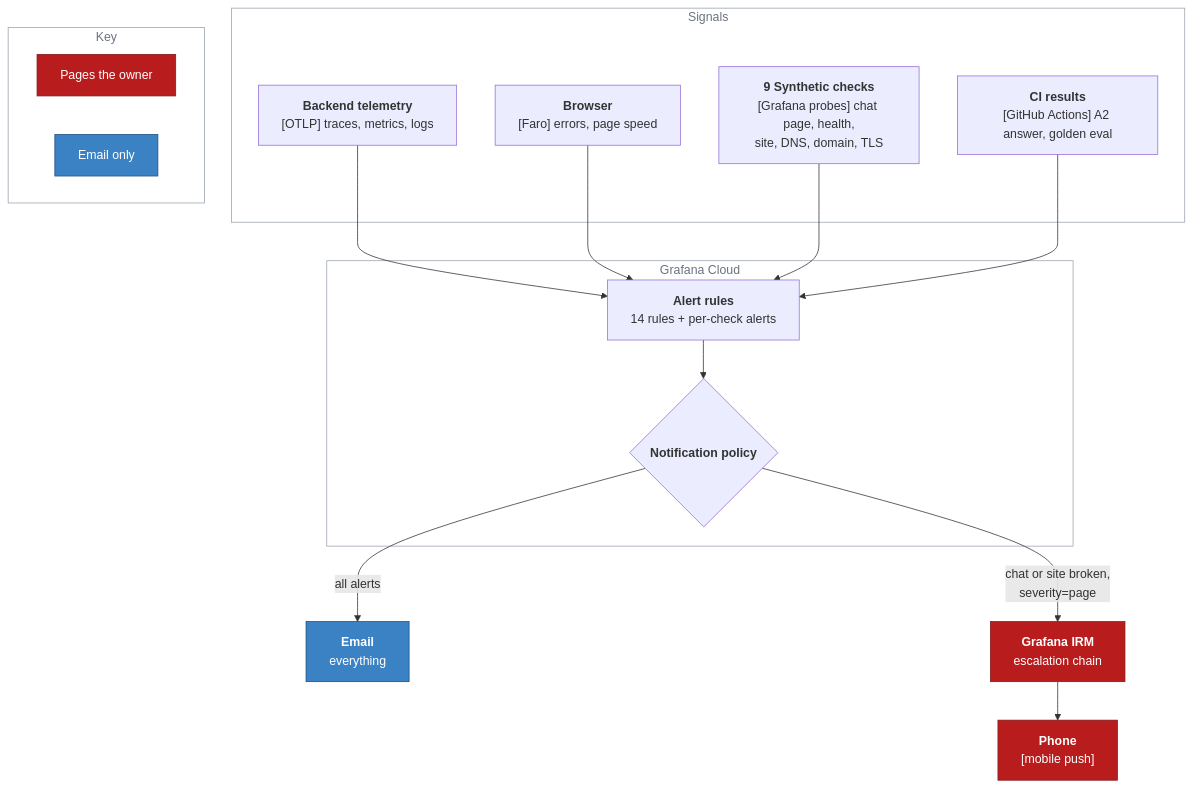
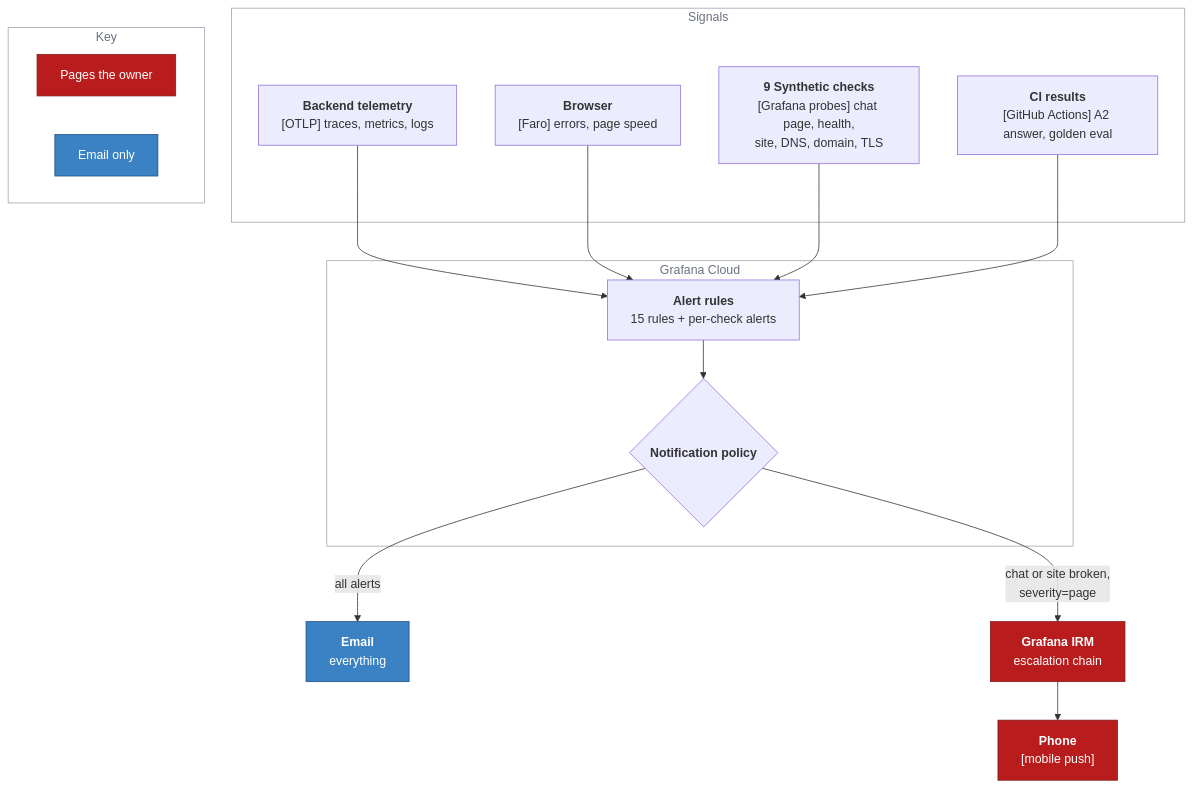
One commit to Rayhanpatel/AI-Resume-Agent changed diagram 11 of 11 in docs/ARCHITECTURE.md. Above: the diagram before and after it, drawn with Mermaid. The commit also changed other lines of this file and 19 other files, not shown here.

````diff
--- a/docs/ARCHITECTURE.md
+++ b/docs/ARCHITECTURE.md
@@ -472,37 +472,37 @@
 ```mermaid
 flowchart TB
     accTitle: Monitoring and alert routing
     accDescr: Synthetic checks, backend telemetry, browser data and CI results feed alert rules. Every alert is emailed; broken chat or site alerts also page the phone through Grafana IRM.
     subgraph sources["Signals"]
         otlp["<b>Backend telemetry</b><br/>[OTLP] traces, metrics, logs"]
         faro["<b>Browser</b><br/>[Faro] errors, page speed"]
         probes["<b>9 Synthetic checks</b><br/>[Grafana probes] chat page, health,<br/>site, DNS, domain, TLS"]
         ciresults["<b>CI results</b><br/>[GitHub Actions] A2 answer, golden eval"]
     end
 
     subgraph grafana["Grafana Cloud"]
-        rules["<b>Alert rules</b><br/>14 rules + per-check alerts"]
+        rules["<b>Alert rules</b><br/>15 rules + per-check alerts"]
         policy{"<b>Notification policy</b>"}
     end
 
     email["<b>Email</b><br/>everything"]
     irm["<b>Grafana IRM</b><br/>escalation chain"]
     phone["<b>Phone</b><br/>[mobile push]"]
 
     otlp & faro & probes & ciresults --> rules --> policy
     policy -->|"all alerts"| email
     policy -->|"chat or site broken,<br/>severity=page"| irm --> phone
 
     subgraph key["Key"]
         k1["Pages the owner"]:::page
         k2["Email only"]:::mail
     end
     style key fill:none,stroke:#9ca3af,color:#6b7280
 
     classDef page fill:#b91c1c,stroke:#7f1d1d,color:#ffffff
     classDef mail fill:#3b82c4,stroke:#1d4f80,color:#ffffff
     class irm,phone page
     class email mail
     style sources fill:none,stroke:#9ca3af,color:#6b7280
     style grafana fill:none,stroke:#9ca3af,color:#6b7280
 ```
````
